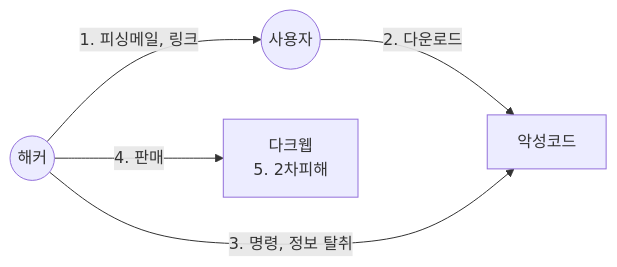
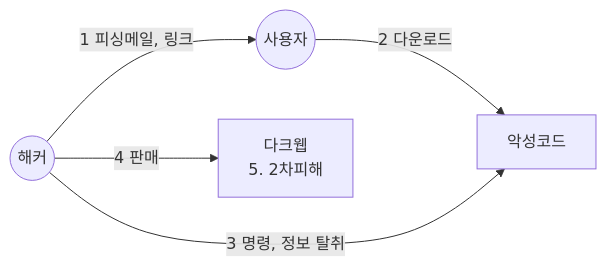
One commit to gracefullight/gracefullight.github.io changed the diagram in blog/pe/sec/info-stealer.md. Above: the diagram before and after it, drawn with Mermaid. The commit also changed 29 other files, not shown here.

````diff
--- a/blog/pe/sec/info-stealer.md
+++ b/blog/pe/sec/info-stealer.md
@@ -20,7 +20,7 @@
 ```mermaid
 graph LR
-  사용자((사용자)) -->|2. 다운로드| 악성코드
-  해커((해커)) -->|1. 피싱메일, 링크|사용자
-  해커 -->|3. 명령, 정보 탈취| 악성코드
-  해커 -->|4. 판매| 다크웹[다크웹<br/>5. 2차피해]
+  사용자((사용자)) -->|2 다운로드| 악성코드
+  해커((해커)) -->|1 피싱메일, 링크|사용자
+  해커 -->|3 명령, 정보 탈취| 악성코드
+  해커 -->|4 판매| 다크웹[다크웹<br/>5. 2차피해]
 ```
````
